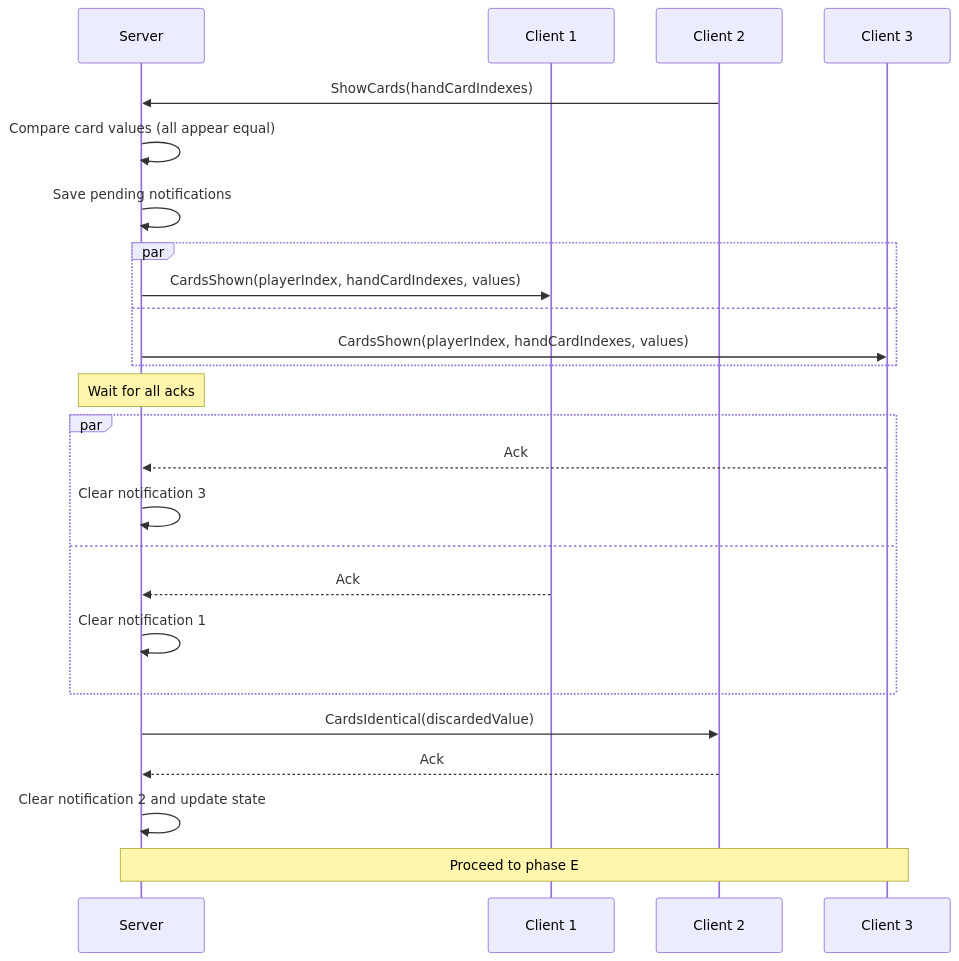
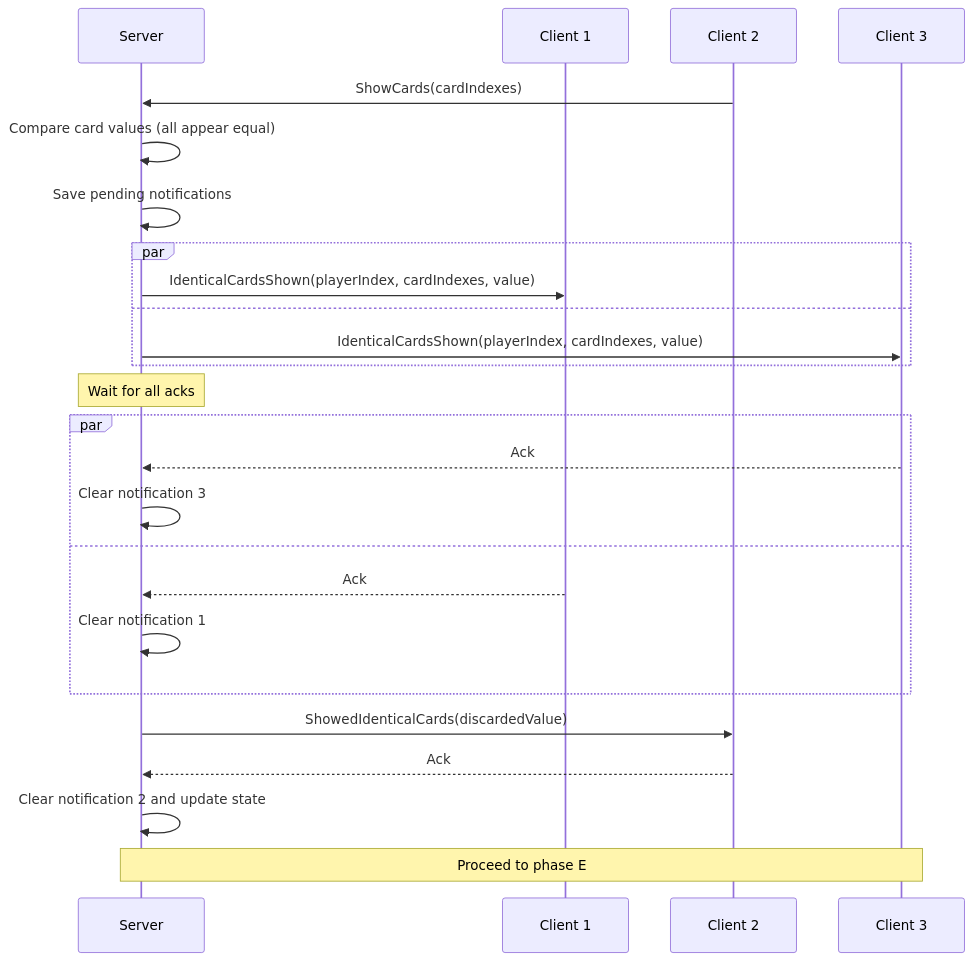
One commit to roman-zubarevich/another changed the sixth of 15 diagrams in README.md. Above: the diagram before and after it, drawn with Mermaid. The commit also changed other lines of this file, not shown here.

````diff
--- a/README.md
+++ b/README.md
@@ -162,27 +162,27 @@
 ```mermaid
 sequenceDiagram
     participant S as Server
     participant C1 as Client 1
     participant C2 as Client 2
     participant C3 as Client 3
-    C2->>S: ShowCards(handCardIndexes)
+    C2->>S: ShowCards(cardIndexes)
     S->>S: Compare card values (all appear equal)
     S->>S: Save pending notifications
     par
-        S->>C1: CardsShown(playerIndex, handCardIndexes, values)
+        S->>C1: IdenticalCardsShown(playerIndex, cardIndexes, value)
     and
-        S->>C3: CardsShown(playerIndex, handCardIndexes, values)
+        S->>C3: IdenticalCardsShown(playerIndex, cardIndexes, value)
     end
     Note over S: Wait for all acks
     par
         C3-->>S: Ack
         S->>S: Clear notification 3
     and
         C1-->>S: Ack
         S->>S: Clear notification 1
     end
-    S->>C2: CardsIdentical(discardedValue)
+    S->>C2: ShowedIdenticalCards(discardedValue)
     C2-->>S: Ack
     S->>S: Clear notification 2 and update state
     Note over S,C3: Proceed to phase E
 ```
````
